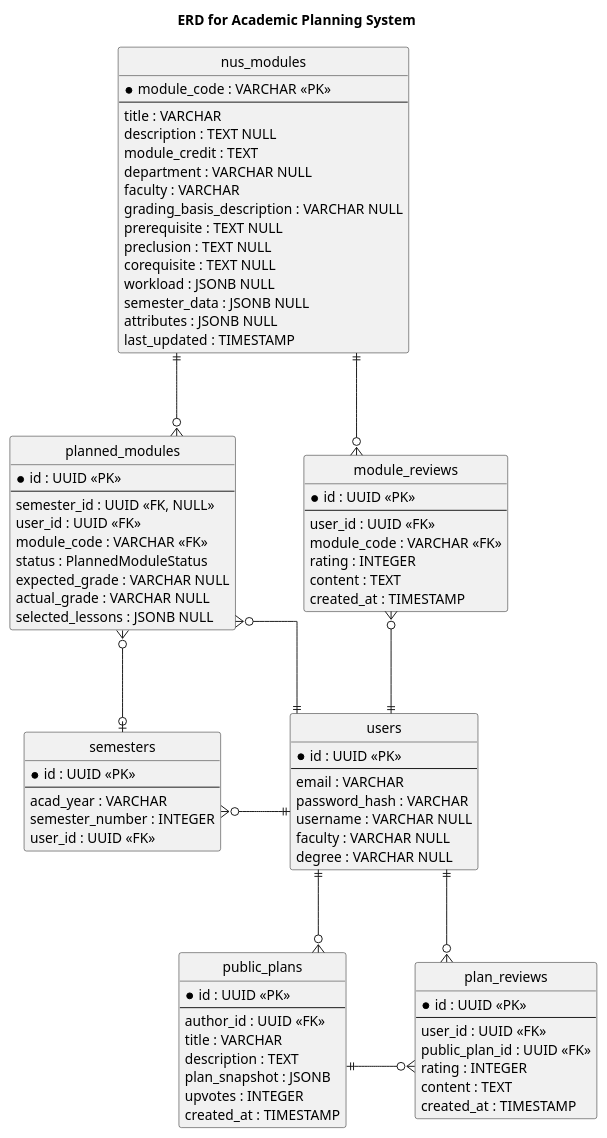
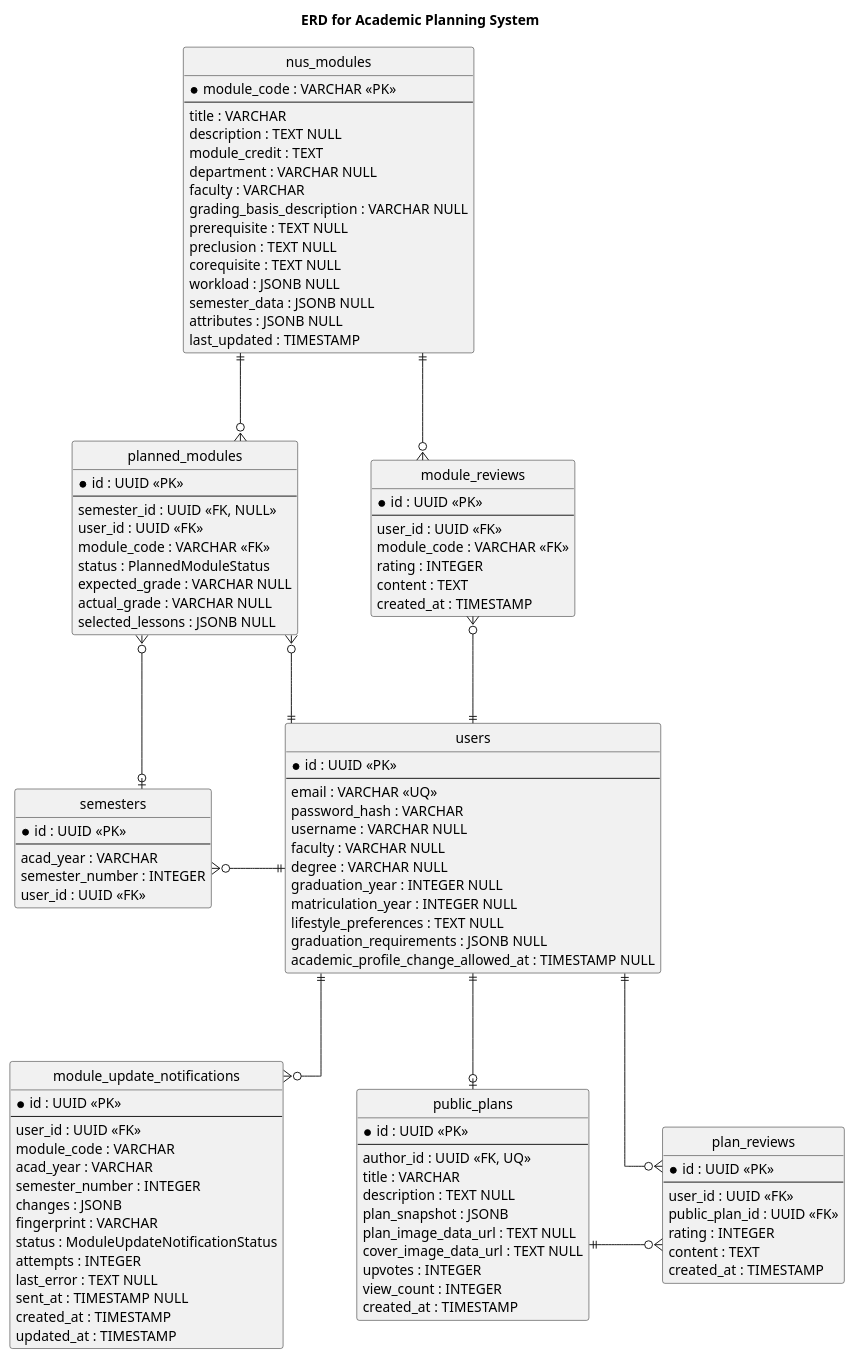
One commit to Shum-ster/nusmodumind changed the diagram in diagrams/erd_diagram.wsd. Above: the diagram before and after it, drawn with PlantUML. The commit also changed 11 other files, not shown here.

Commit message:
Updated sequence diagrams and erd

```diff
--- a/diagrams/erd_diagram.wsd
+++ b/diagrams/erd_diagram.wsd
@@ -1,115 +1,142 @@
 @startuml Academic_Planning_System_ERD
 
 title ERD for Academic Planning System
 
 hide circle
 top to bottom direction
 skinparam linetype ortho
 skinparam shadowing false
-skinparam nodesep 70
-skinparam ranksep 85
+skinparam nodesep 75
+skinparam ranksep 90
 skinparam entity {
     BackgroundColor #FFFFFF
     BorderColor #2F3A4A
     FontColor #18202B
 }
 
 entity "nus_modules" as nus_modules {
     * module_code : VARCHAR <<PK>>
     --
     title : VARCHAR
     description : TEXT NULL
     module_credit : TEXT
     department : VARCHAR NULL
     faculty : VARCHAR
     grading_basis_description : VARCHAR NULL
     prerequisite : TEXT NULL
     preclusion : TEXT NULL
     corequisite : TEXT NULL
     workload : JSONB NULL
     semester_data : JSONB NULL
     attributes : JSONB NULL
     last_updated : TIMESTAMP
 }
 
 entity "planned_modules" as planned_modules {
     * id : UUID <<PK>>
     --
     semester_id : UUID <<FK, NULL>>
     user_id : UUID <<FK>>
     module_code : VARCHAR <<FK>>
     status : PlannedModuleStatus
     expected_grade : VARCHAR NULL
     actual_grade : VARCHAR NULL
     selected_lessons : JSONB NULL
 }
 
 entity "module_reviews" as module_reviews {
     * id : UUID <<PK>>
     --
     user_id : UUID <<FK>>
     module_code : VARCHAR <<FK>>
     rating : INTEGER
     content : TEXT
     created_at : TIMESTAMP
 }
 
 entity "semesters" as semesters {
     * id : UUID <<PK>>
     --
     acad_year : VARCHAR
     semester_number : INTEGER
     user_id : UUID <<FK>>
 }
 
 entity "users" as users {
     * id : UUID <<PK>>
     --
-    email : VARCHAR
+    email : VARCHAR <<UQ>>
     password_hash : VARCHAR
     username : VARCHAR NULL
     faculty : VARCHAR NULL
     degree : VARCHAR NULL
+    graduation_year : INTEGER NULL
+    matriculation_year : INTEGER NULL
+    lifestyle_preferences : TEXT NULL
+    graduation_requirements : JSONB NULL
+    academic_profile_change_allowed_at : TIMESTAMP NULL
+}
+
+entity "module_update_notifications" as module_update_notifications {
+    * id : UUID <<PK>>
+    --
+    user_id : UUID <<FK>>
+    module_code : VARCHAR
+    acad_year : VARCHAR
+    semester_number : INTEGER
+    changes : JSONB
+    fingerprint : VARCHAR
+    status : ModuleUpdateNotificationStatus
+    attempts : INTEGER
+    last_error : TEXT NULL
+    sent_at : TIMESTAMP NULL
+    created_at : TIMESTAMP
+    updated_at : TIMESTAMP
 }
 
 entity "public_plans" as public_plans {
     * id : UUID <<PK>>
     --
-    author_id : UUID <<FK>>
+    author_id : UUID <<FK, UQ>>
     title : VARCHAR
-    description : TEXT
+    description : TEXT NULL
     plan_snapshot : JSONB
+    plan_image_data_url : TEXT NULL
+    cover_image_data_url : TEXT NULL
     upvotes : INTEGER
+    view_count : INTEGER
     created_at : TIMESTAMP
 }
 
 entity "plan_reviews" as plan_reviews {
     * id : UUID <<PK>>
     --
     user_id : UUID <<FK>>
     public_plan_id : UUID <<FK>>
     rating : INTEGER
     content : TEXT
     created_at : TIMESTAMP
 }
 
-' Layout hints only. Keep module-dependent tables as siblings below the
-' NUS catalog, then place user-owned sharing data further down.
+' Layout hints keep the NUS catalog as the root, followed by module-linked
+' records, user planning data, and finally user-owned sharing/notification data.
 planned_modules -[hidden]right- module_reviews
 semesters -[hidden]right- users
+module_update_notifications -[hidden]right- public_plans
 public_plans -[hidden]right- plan_reviews
 
 nus_modules ||--o{ planned_modules
 nus_modules ||--o{ module_reviews
 
 planned_modules }o--o| semesters
 
 semesters }o--|| users
 planned_modules }o--|| users
 module_reviews }o--|| users
 
-users ||--o{ public_plans
+users ||--o{ module_update_notifications
+users ||--o| public_plans
 users ||--o{ plan_reviews
 public_plans ||--o{ plan_reviews
 
 @enduml
```
